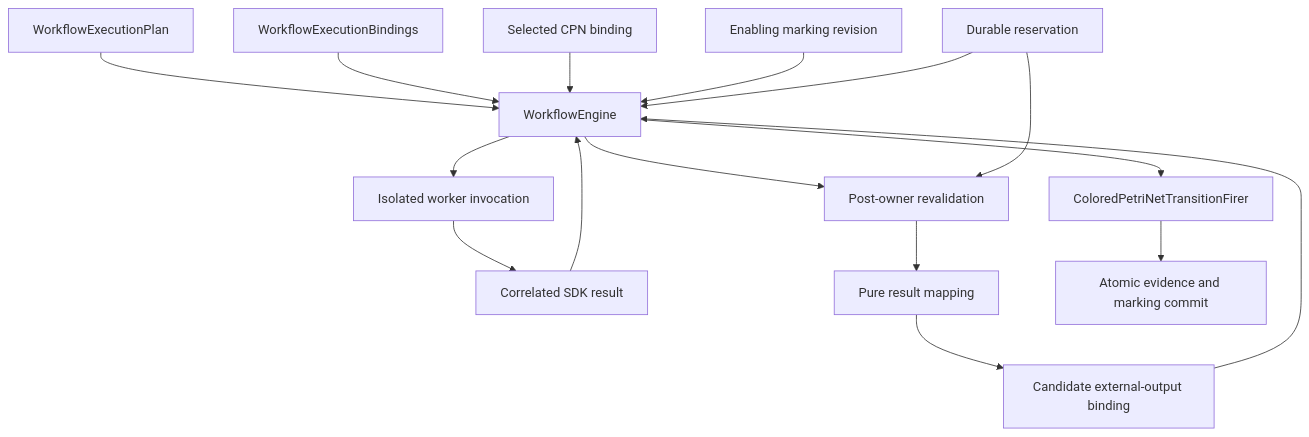
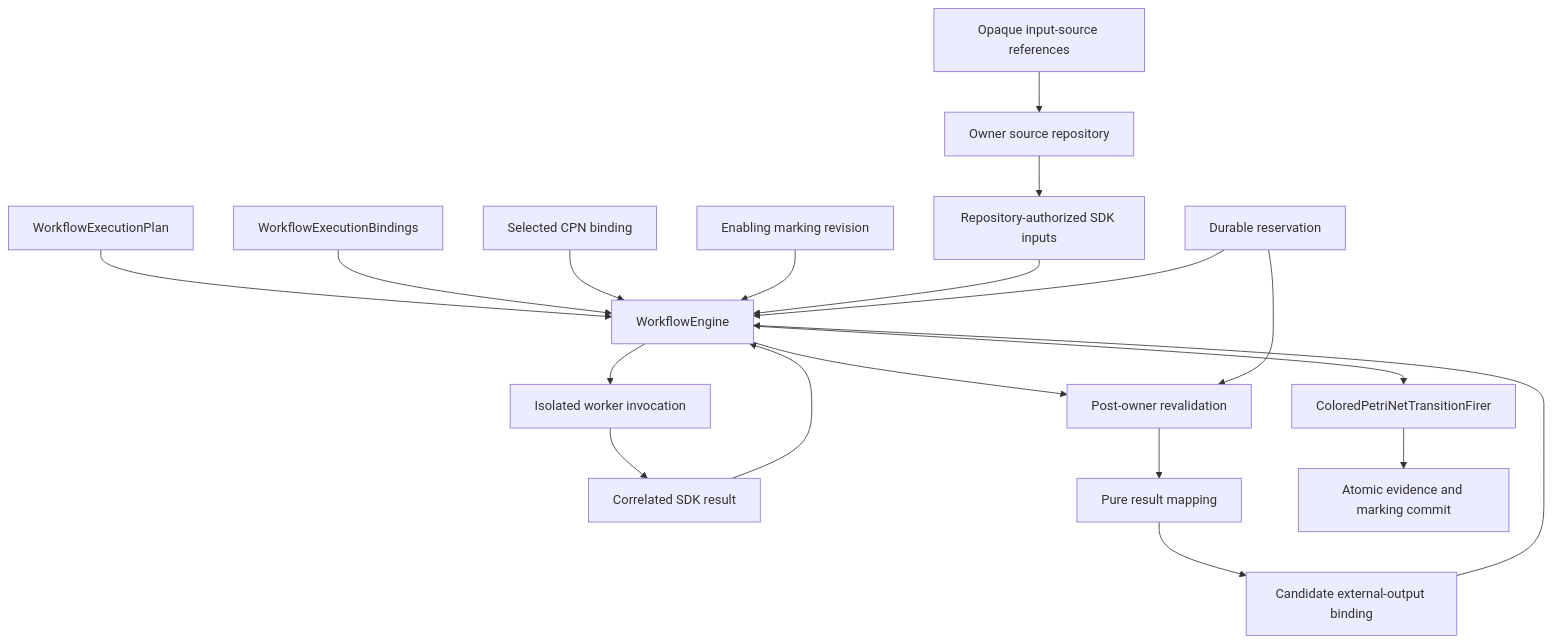
Before and after one commit to eragasa/projectkoios-workflow: the diagram in docs/architecture/projectkoios/workflow/runtime/WorkflowEngine/schematic.md, drawn with Mermaid. The commit also changed other lines of this file and 15 other files, not shown here.

````diff
--- a/docs/architecture/projectkoios/workflow/runtime/WorkflowEngine/schematic.md
+++ b/docs/architecture/projectkoios/workflow/runtime/WorkflowEngine/schematic.md
@@ -5,32 +5,38 @@
 ```mermaid
 flowchart TD
     P[WorkflowExecutionPlan]
     B[WorkflowExecutionBindings]
     S[Selected CPN binding]
     M[Enabling marking revision]
+    I[Opaque input-source references]
+    SR[Owner source repository]
+    U[Repository-authorized SDK inputs]
     R[Durable reservation]
     V[Post-owner revalidation]
     E[WorkflowEngine]
     W[Isolated worker invocation]
     O[Correlated SDK result]
     A[Pure result mapping]
     X[Candidate external-output binding]
     F[ColoredPetriNetTransitionFirer]
     C[Atomic evidence and marking commit]
 
     P --> E
     B --> E
     S --> E
     M --> E
+    I --> SR
+    SR --> U
+    U --> E
     R --> E
     E --> W
     W --> O
     O --> E
     E --> V
     R --> V
     V --> A
     A --> X
     X --> E
     E --> F
     F --> C
 ```
````
